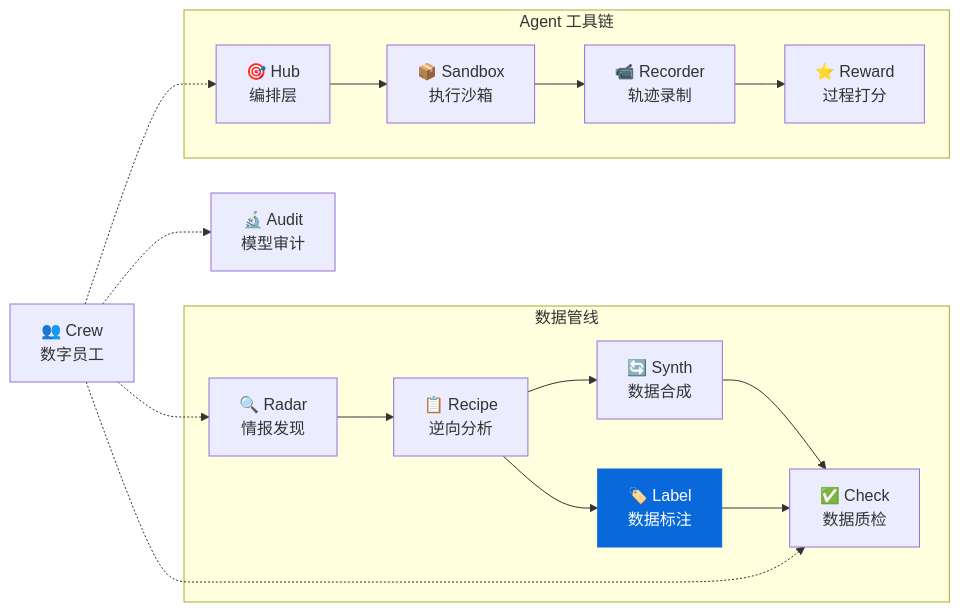
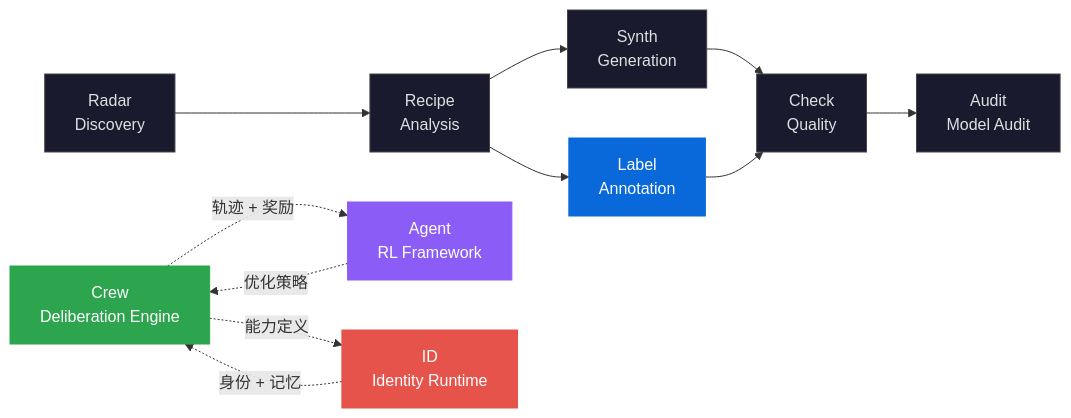
One commit to liuxiaotong/data-label changed the second of 2 diagrams in README.md. Above: the diagram before and after it, drawn with Mermaid. The commit also changed other lines of this file, not shown here.

````diff
--- a/README.md
+++ b/README.md
@@ -765,22 +506,26 @@
 ```mermaid
 graph LR
-    subgraph 数据管线
-        Radar["🔍 Radar<br/>情报发现"] --> Recipe["📋 Recipe<br/>逆向分析"]
-        Recipe --> Synth["🔄 Synth<br/>数据合成"]
-        Recipe --> Label["🏷️ Label<br/>数据标注"]
-        Synth --> Check["✅ Check<br/>数据质检"]
-        Label --> Check
-    end
-    Audit["🔬 Audit<br/>模型审计"]
-    subgraph Agent 工具链
-        Hub["🎯 Hub<br/>编排层"] --> Sandbox["📦 Sandbox<br/>执行沙箱"]
-        Sandbox --> Recorder["📹 Recorder<br/>轨迹录制"]
-        Recorder --> Reward["⭐ Reward<br/>过程打分"]
-    end
-    Crew["👥 Crew<br/>数字员工"]
-    Crew -.-> Radar
-    Crew -.-> Check
-    Crew -.-> Audit
-    Crew -.-> Hub
+    Radar["Radar<br/>Discovery"] --> Recipe["Recipe<br/>Analysis"]
+    Recipe --> Synth["Synth<br/>Generation"]
+    Recipe --> Label["Label<br/>Annotation"]
+    Synth --> Check["Check<br/>Quality"]
+    Label --> Check
+    Check --> Audit["Audit<br/>Model Audit"]
+    Crew["Crew<br/>Deliberation Engine"]
+    Agent["Agent<br/>RL Framework"]
+    ID["ID<br/>Identity Runtime"]
+    Crew -.->|能力定义| ID
+    ID -.->|身份 + 记忆| Crew
+    Crew -.->|轨迹 + 奖励| Agent
+    Agent -.->|优化策略| Crew
+
     style Label fill:#0969da,color:#fff,stroke:#0969da
+    style Crew fill:#2da44e,color:#fff,stroke:#2da44e
+    style Agent fill:#8b5cf6,color:#fff,stroke:#8b5cf6
+    style ID fill:#e5534b,color:#fff,stroke:#e5534b
+    style Radar fill:#1a1a2e,color:#e0e0e0,stroke:#444
+    style Recipe fill:#1a1a2e,color:#e0e0e0,stroke:#444
+    style Synth fill:#1a1a2e,color:#e0e0e0,stroke:#444
+    style Check fill:#1a1a2e,color:#e0e0e0,stroke:#444
+    style Audit fill:#1a1a2e,color:#e0e0e0,stroke:#444
 ```
````
